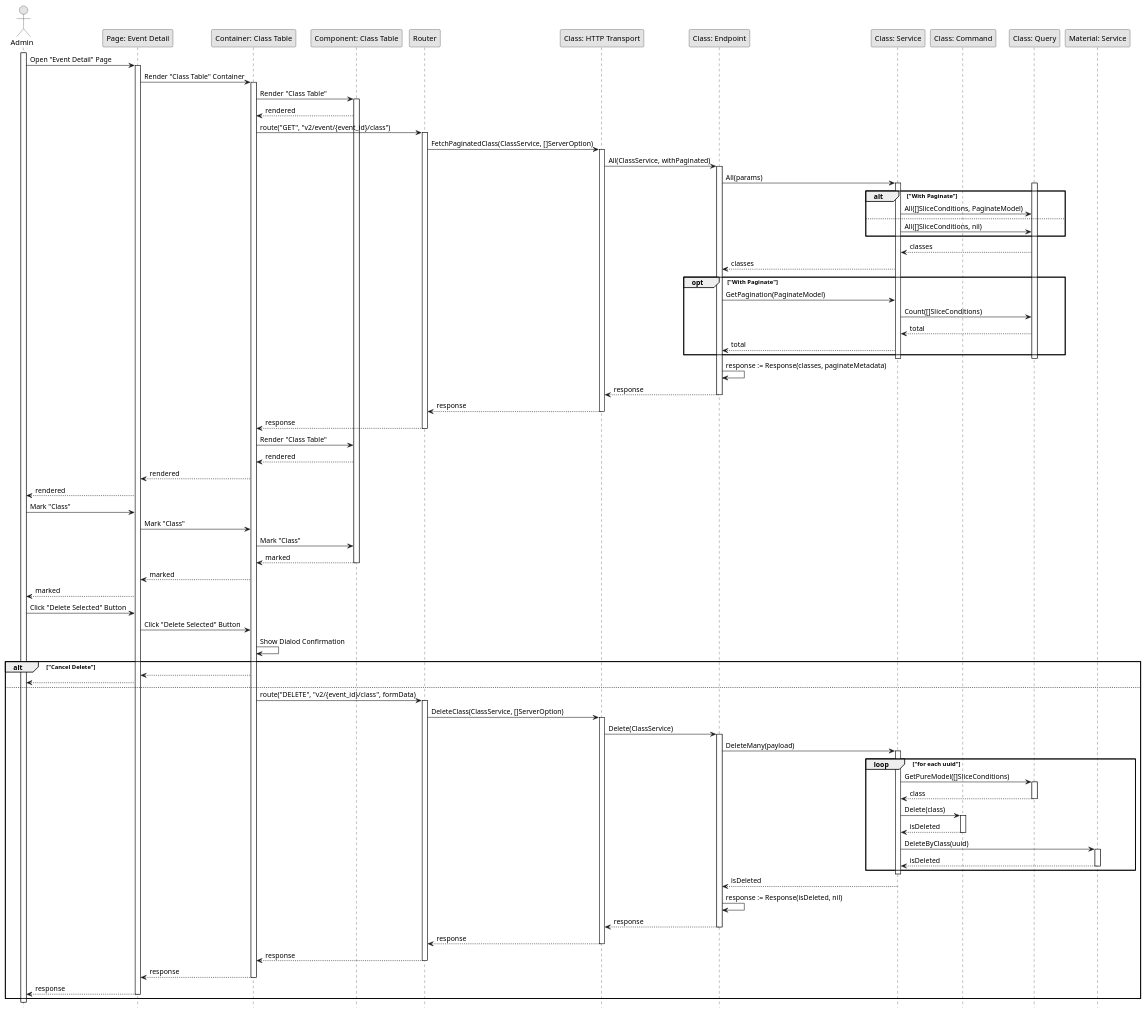
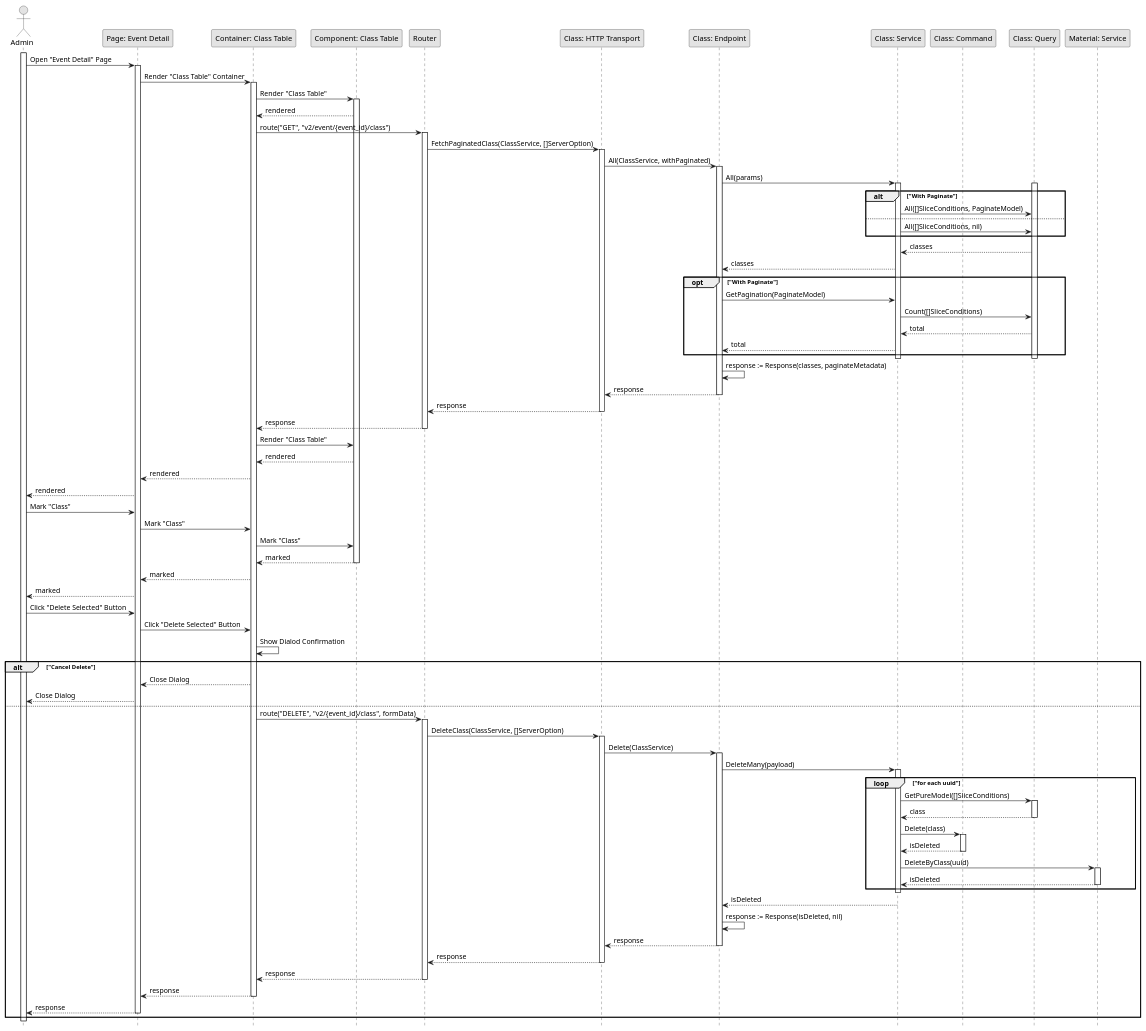
Before and after one commit to fwidjaya20/fazzlearning-uml: the diagram in Sequence/Release01/DeleteClass.wsd, drawn with PlantUML. The commit also changed 15 other files, not shown here.

Commit message:
fix(sequence): adding return wording

```diff
--- a/Sequence/Release01/DeleteClass.wsd
+++ b/Sequence/Release01/DeleteClass.wsd
@@ -1,126 +1,126 @@
 @startuml DeleteClass
 
 skinparam Monochrome true
 skinparam Shadowing false
 hide footbox
 
 actor Admin
 participant "Page: Event Detail" as EventDetailPage
 participant "Container: Class Table" as ClassTableContainer
 participant "Component: Class Table" as ClassTable
 participant "Router" as Router
 participant "Class: HTTP Transport" as ClassHTTPTransport
 participant "Class: Endpoint" as ClassEndpoint
 participant "Class: Service" as ClassService
 participant "Class: Command" as ClassCommand
 participant "Class: Query" as ClassQuery
 participant "Material: Service" as MaterialService
 
 activate Admin
 
 Admin->EventDetailPage: Open "Event Detail" Page
 activate EventDetailPage
 EventDetailPage->ClassTableContainer: Render "Class Table" Container
 activate ClassTableContainer
 ClassTableContainer->ClassTable: Render "Class Table"
 activate ClassTable
 ClassTable-->ClassTableContainer: rendered
 ClassTableContainer->Router: route("GET", "v2/event/{event_id}/class")
 activate Router
 Router->ClassHTTPTransport: FetchPaginatedClass(ClassService, []ServerOption)
 activate ClassHTTPTransport
 ClassHTTPTransport->ClassEndpoint: All(ClassService, withPaginated)
 activate ClassEndpoint
 ClassEndpoint->ClassService: All(params)
 
 activate ClassService
 activate ClassQuery
 alt "With Paginate"
     ClassService->ClassQuery: All([]SliceConditions, PaginateModel)
 else
     ClassService->ClassQuery: All([]SliceConditions, nil)
 end
 ClassQuery-->ClassService: classes
 ClassService-->ClassEndpoint: classes
 
 opt "With Paginate"
     ClassEndpoint->ClassService: GetPagination(PaginateModel)
     ClassService->ClassQuery: Count([]SliceConditions)
     ClassQuery-->ClassService: total
     ClassService-->ClassEndpoint: total
 end
 deactivate ClassQuery
 deactivate ClassService
 
 ClassEndpoint->ClassEndpoint: response := Response(classes, paginateMetadata)
 ClassEndpoint-->ClassHTTPTransport: response
 deactivate ClassEndpoint
 ClassHTTPTransport-->Router: response
 deactivate ClassHTTPTransport
 Router-->ClassTableContainer: response
 deactivate Router
 ClassTableContainer->ClassTable: Render "Class Table"
 ClassTable-->ClassTableContainer: rendered
 ClassTableContainer-->EventDetailPage: rendered
 EventDetailPage-->Admin: rendered
 
 Admin->EventDetailPage: Mark "Class"
 EventDetailPage->ClassTableContainer: Mark "Class"
 ClassTableContainer->ClassTable: Mark "Class"
 ClassTable-->ClassTableContainer: marked
 deactivate ClassTable
 ClassTableContainer-->EventDetailPage: marked
 EventDetailPage-->Admin: marked
 
 Admin->EventDetailPage: Click "Delete Selected" Button
 EventDetailPage->ClassTableContainer: Click "Delete Selected" Button
 ClassTableContainer->ClassTableContainer: Show Dialod Confirmation
 
 alt "Cancel Delete"
-    ClassTableContainer-->EventDetailPage
-    EventDetailPage-->Admin
+    ClassTableContainer-->EventDetailPage: Close Dialog
+    EventDetailPage-->Admin: Close Dialog
 else
     ClassTableContainer->Router: route("DELETE", "v2/{event_id}/class", formData)
     activate Router
     Router->ClassHTTPTransport: DeleteClass(ClassService, []ServerOption)
     activate ClassHTTPTransport
     ClassHTTPTransport->ClassEndpoint: Delete(ClassService)
     activate ClassEndpoint
     ClassEndpoint->ClassService: DeleteMany(payload)
 
     activate ClassService
     loop "for each uuid"
         ClassService->ClassQuery: GetPureModel([]SliceConditions)
         activate ClassQuery
         ClassQuery-->ClassService: class
         deactivate ClassQuery
 
         ClassService->ClassCommand: Delete(class)
         activate ClassCommand
         ClassCommand-->ClassService: isDeleted
         deactivate ClassCommand
 
         ClassService->MaterialService: DeleteByClass(uuid)
         activate MaterialService
         MaterialService-->ClassService: isDeleted
         deactivate MaterialService
     end
     deactivate ClassService
     
     ClassService-->ClassEndpoint: isDeleted
     ClassEndpoint->ClassEndpoint: response := Response(isDeleted, nil)
     ClassEndpoint-->ClassHTTPTransport: response
     deactivate ClassEndpoint
     ClassHTTPTransport-->Router: response
     deactivate ClassHTTPTransport
     Router-->ClassTableContainer: response
     deactivate Router
     ClassTableContainer-->EventDetailPage: response
     deactivate ClassTableContainer
     EventDetailPage-->Admin: response
     deactivate EventDetailPage
 end
 
 deactivate Admin
 
 @enduml
```
